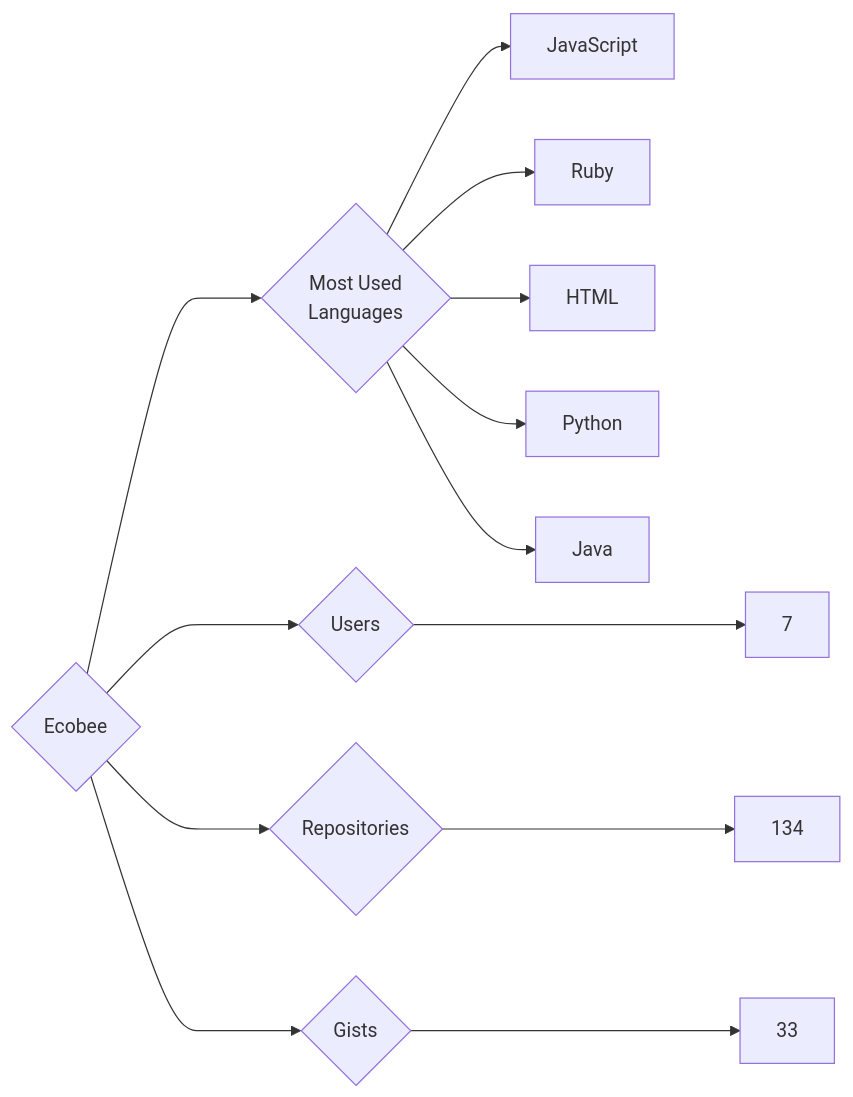
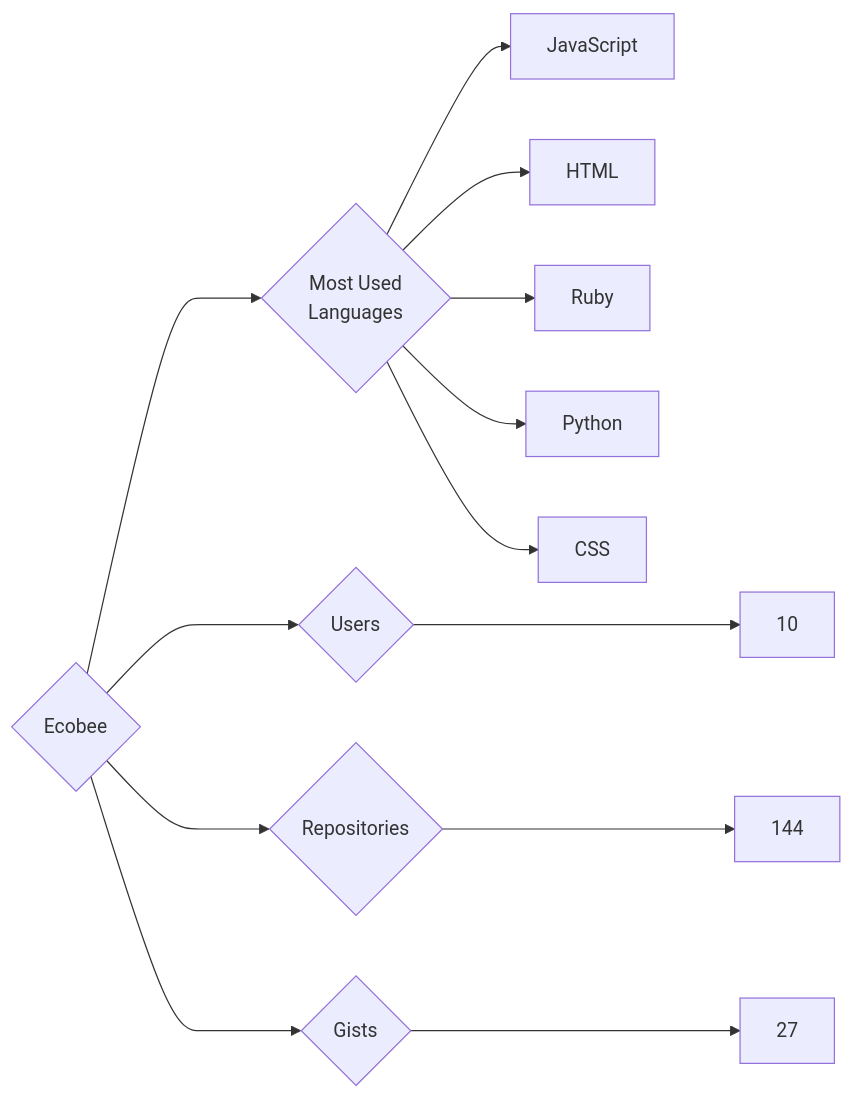
One commit to trickest/insiders changed the diagram in targets/Ecobee/README.md. Above: the diagram before and after it, drawn with Mermaid. The commit also changed 894 other files, not shown here.

````diff
--- a/targets/Ecobee/README.md
+++ b/targets/Ecobee/README.md
@@ -3,13 +3,13 @@
 ```mermaid
 graph LR
 COMPANY_NAME{Ecobee}
-COMPANY_NAME ---> U{Users} ---> UN[7]
-COMPANY_NAME ---> R{Repositories} ---> RN[134]
-COMPANY_NAME ---> G{Gists} ---> GN[33]
+COMPANY_NAME ---> U{Users} ---> UN[10]
+COMPANY_NAME ---> R{Repositories} ---> RN[144]
+COMPANY_NAME ---> G{Gists} ---> GN[27]
 COMPANY_NAME ---> ML{Most Used<br>Languages}
 ML --> JavaScript[JavaScript]
+ML --> HTML[HTML]
 ML --> Ruby[Ruby]
-ML --> HTML[HTML]
 ML --> Python[Python]
-ML --> Java[Java]
+ML --> CSS[CSS]
 ```
````
